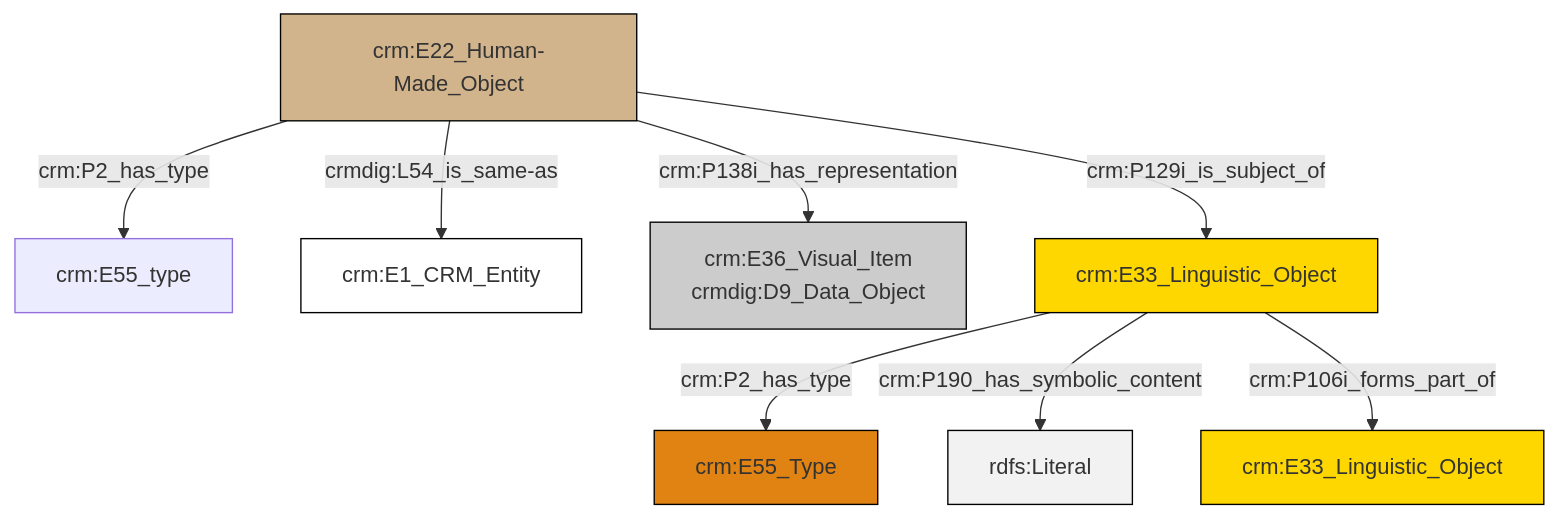
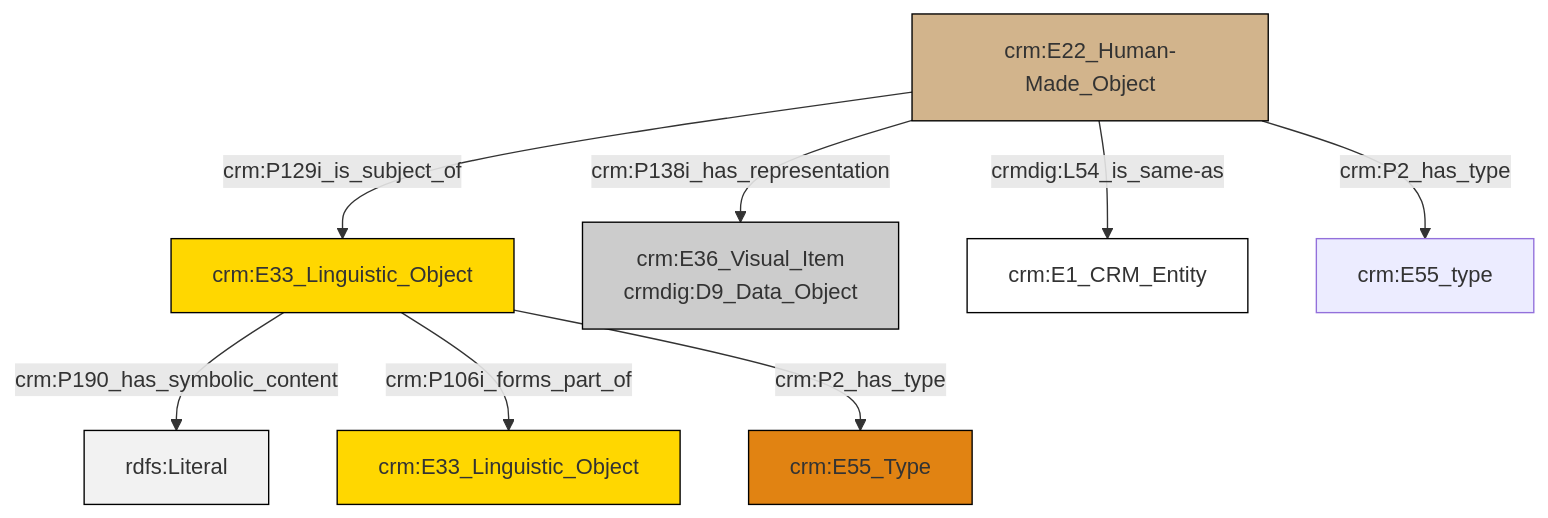
Before and after one commit to swiss-art-research-net/docs.swissartresearch: the diagram in et/artworkCSV/ttl/mmd/Artwork_Documentation.ttl.mmd, drawn with Mermaid. The commit also changed 176 other files, not shown here.

```diff
--- a/et/artworkCSV/ttl/mmd/Artwork_Documentation.ttl.mmd
+++ b/et/artworkCSV/ttl/mmd/Artwork_Documentation.ttl.mmd
@@ -1,22 +1,22 @@
 graph TD
 classDef Literal fill:#f2f2f2,stroke:#000000;
 classDef CRM_Entity fill:#FFFFFF,stroke:#000000;
 classDef Temporal_Entity fill:#00C9E6, stroke:#000000;
 classDef Type fill:#E18312, stroke:#000000;
 classDef Time-Span fill:#2C9C91, stroke:#000000;
 classDef Appellation fill:#FFEB7F, stroke:#000000;
 classDef Place fill:#008836, stroke:#000000;
 classDef Persistent_Item fill:#B266B2, stroke:#000000;
 classDef Conceptual_Object fill:#FFD700, stroke:#000000;
 classDef Physical_Thing fill:#D2B48C, stroke:#000000;
 classDef Actor fill:#f58aad, stroke:#000000;
 classDef PC_Classes fill:#4ce600, stroke:#000000;
 classDef Multi fill:#cccccc,stroke:#000000;
 
-0["crm:E22_Human-Made_Object"]:::Physical_Thing -->|crm:P2_has_type| 1["crm:E55_type"]:::Default
-0["crm:E22_Human-Made_Object"]:::Physical_Thing -->|crmdig:L54_is_same-as| 2["crm:E1_CRM_Entity"]:::CRM_Entity
-0["crm:E22_Human-Made_Object"]:::Physical_Thing -->|crm:P138i_has_representation| 3["crm:E36_Visual_Item<br>crmdig:D9_Data_Object"]:::Multi
-8["crm:E33_Linguistic_Object"]:::Conceptual_Object -->|crm:P2_has_type| 5["crm:E55_Type"]:::Type
-8["crm:E33_Linguistic_Object"]:::Conceptual_Object -->|crm:P190_has_symbolic_content| 13[rdfs:Literal]:::Literal
-8["crm:E33_Linguistic_Object"]:::Conceptual_Object -->|crm:P106i_forms_part_of| 11["crm:E33_Linguistic_Object"]:::Conceptual_Object
-0["crm:E22_Human-Made_Object"]:::Physical_Thing -->|crm:P129i_is_subject_of| 8["crm:E33_Linguistic_Object"]:::Conceptual_Object
+0["crm:E33_Linguistic_Object"]:::Conceptual_Object -->|crm:P190_has_symbolic_content| 1[rdfs:Literal]:::Literal
+0["crm:E33_Linguistic_Object"]:::Conceptual_Object -->|crm:P106i_forms_part_of| 6["crm:E33_Linguistic_Object"]:::Conceptual_Object
+11["crm:E22_Human-Made_Object"]:::Physical_Thing -->|crm:P129i_is_subject_of| 0["crm:E33_Linguistic_Object"]:::Conceptual_Object
+11["crm:E22_Human-Made_Object"]:::Physical_Thing -->|crmdig:L54_is_same-as| 7["crm:E1_CRM_Entity"]:::CRM_Entity
+0["crm:E33_Linguistic_Object"]:::Conceptual_Object -->|crm:P2_has_type| 2["crm:E55_Type"]:::Type
+11["crm:E22_Human-Made_Object"]:::Physical_Thing -->|crm:P2_has_type| 12["crm:E55_type"]:::Default
+11["crm:E22_Human-Made_Object"]:::Physical_Thing -->|crm:P138i_has_representation| 4["crm:E36_Visual_Item<br>crmdig:D9_Data_Object"]:::Multi
```
